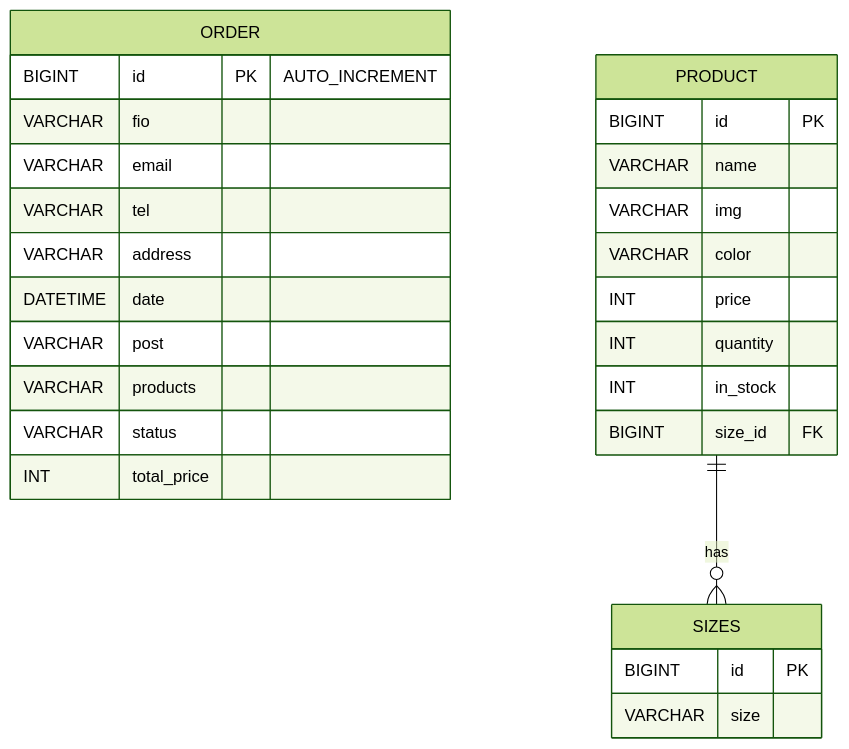
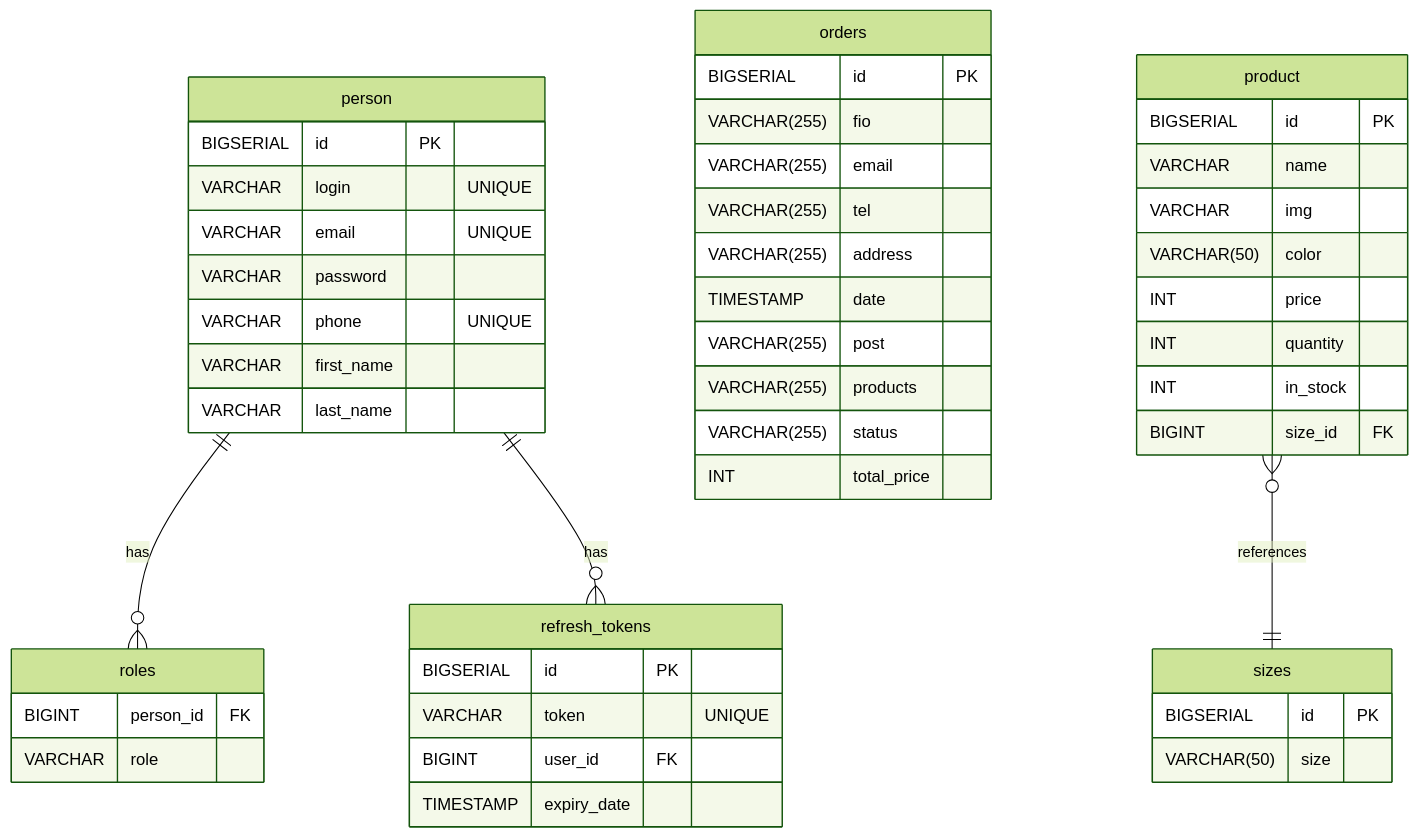
Before and after one commit to bodyauza/yauza-clothes.com: the diagram in README.md, drawn with Mermaid (forest theme).

Commit message:
Update ER-diagram

````diff
--- a/README.md
+++ b/README.md
@@ -49,33 +49,57 @@
    ```mermaid
    erDiagram
-    ORDER {
-        BIGINT id PK "AUTO_INCREMENT"
-        VARCHAR fio
-        VARCHAR email
-        VARCHAR tel
-        VARCHAR address
-        DATETIME date
-        VARCHAR post
-        VARCHAR products
-        VARCHAR status
+    person {
+        BIGSERIAL id PK
+        VARCHAR login "UNIQUE"
+        VARCHAR email "UNIQUE"
+        VARCHAR password
+        VARCHAR phone "UNIQUE"
+        VARCHAR first_name
+        VARCHAR last_name
+    }
+
+    roles {
+        BIGINT person_id FK
+        VARCHAR role
+    }
+
+    refresh_tokens {
+        BIGSERIAL id PK
+        VARCHAR token "UNIQUE"
+        BIGINT user_id FK
+        TIMESTAMP expiry_date
+    }
+
+    orders {
+        BIGSERIAL id PK
+        VARCHAR(255) fio
+        VARCHAR(255) email
+        VARCHAR(255) tel
+        VARCHAR(255) address
+        TIMESTAMP date
+        VARCHAR(255) post
+        VARCHAR(255) products
+        VARCHAR(255) status
         INT total_price
     }
 
-    SIZES {
-        BIGINT id PK
-        VARCHAR size
+    sizes {
+        BIGSERIAL id PK
+        VARCHAR(50) size
     }
 
-    PRODUCT {
-        BIGINT id PK
+    product {
+        BIGSERIAL id PK
         VARCHAR name
         VARCHAR img
-        VARCHAR color
+        VARCHAR(50) color
         INT price
         INT quantity
         INT in_stock
         BIGINT size_id FK
     }
 
-    PRODUCT ||--o{ SIZES : "has"
+    person ||--o{ roles : "has"
+    person ||--o{ refresh_tokens : "has"
+    product }o--|| sizes : "references"
    ```
````
